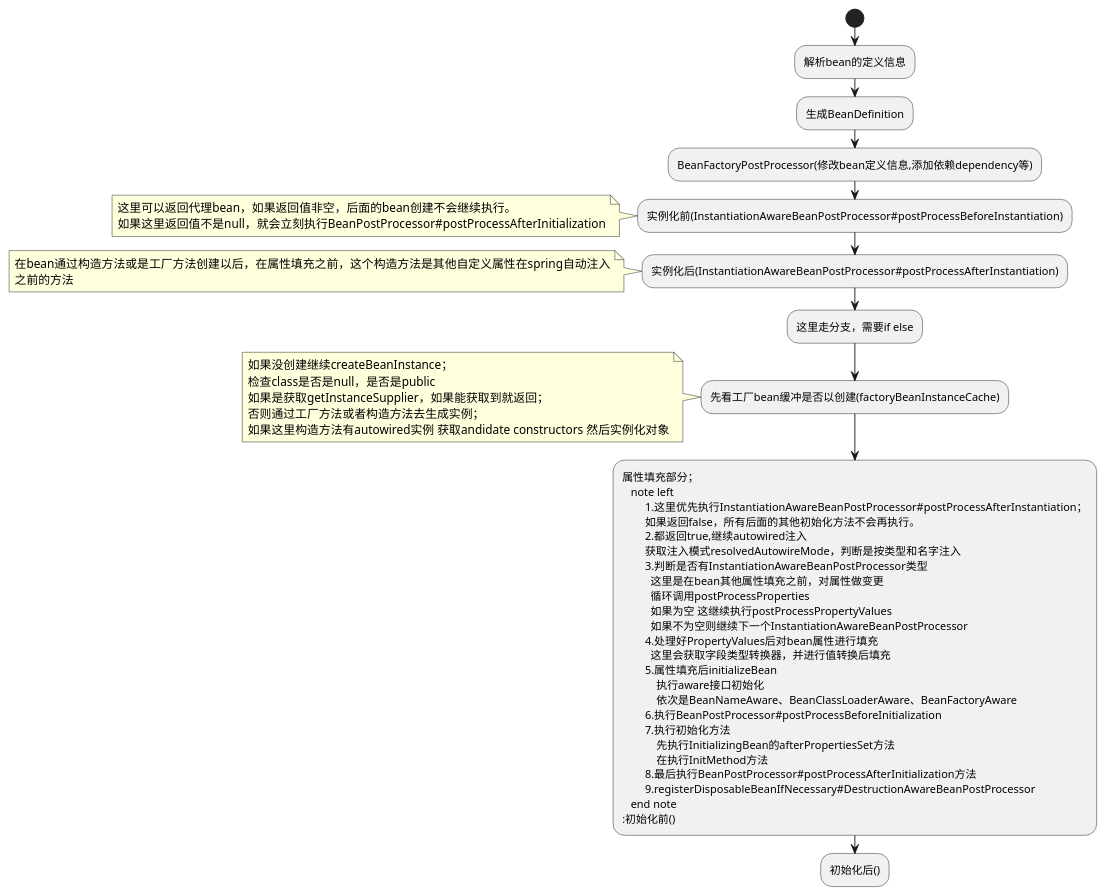
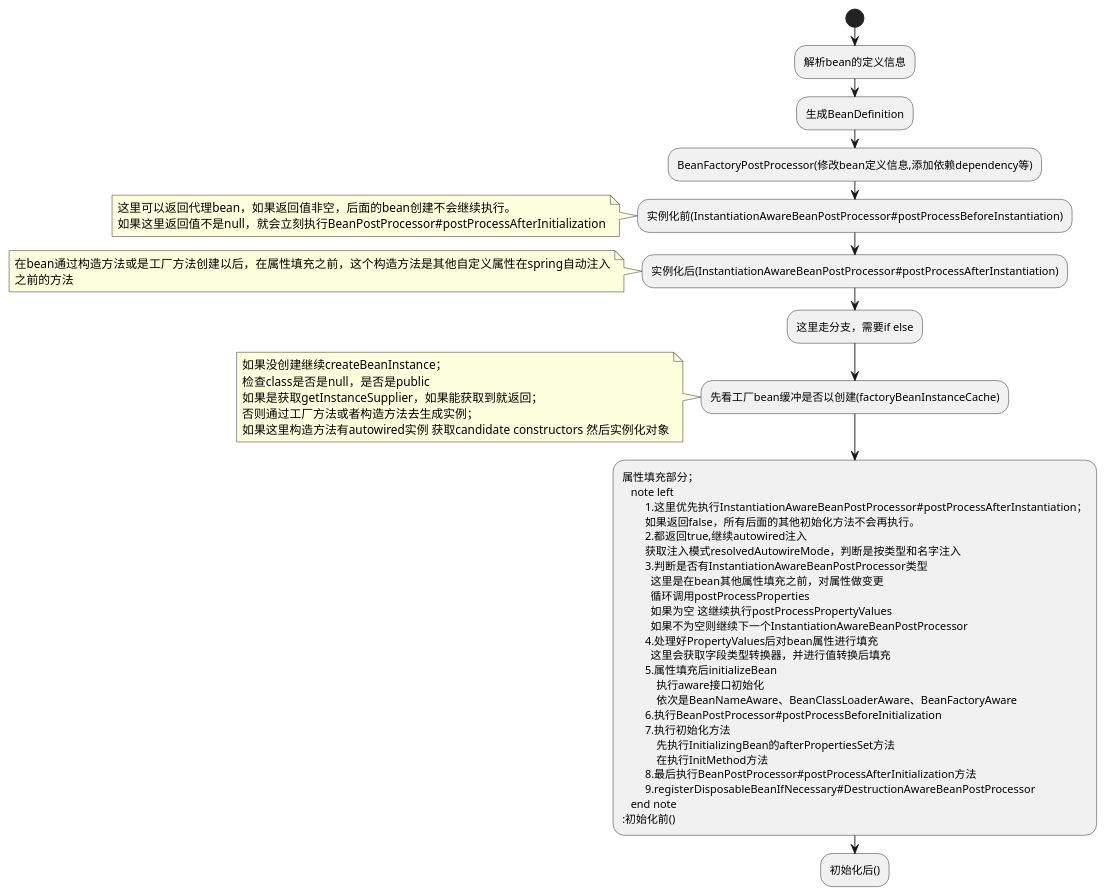
The diagram in Spring-bean.puml (codehamal365/mqtt-auth-demo), drawn with PlantUML before and after one commit. The commit also changed 4 other files, not shown here.

```diff
--- a/Spring-bean.puml
+++ b/Spring-bean.puml
@@ -1,54 +1,54 @@
 @startuml
 'https://plantuml.com/activity-diagram-beta
 
 start
 :解析bean的定义信息;
 :生成BeanDefinition;
 :BeanFactoryPostProcessor(修改bean定义信息,添加依赖dependency等);
 :实例化前(InstantiationAwareBeanPostProcessor#postProcessBeforeInstantiation);
     note left
         这里可以返回代理bean，如果返回值非空，后面的bean创建不会继续执行。
         如果这里返回值不是null，就会立刻执行BeanPostProcessor#postProcessAfterInitialization
     end note
 :实例化后(InstantiationAwareBeanPostProcessor#postProcessAfterInstantiation);
      note left
         在bean通过构造方法或是工厂方法创建以后，在属性填充之前，这个构造方法是其他自定义属性在spring自动注入
         之前的方法
      end note
 :这里走分支，需要if else;
 :先看工厂bean缓冲是否以创建(factoryBeanInstanceCache);
     note left
         如果没创建继续createBeanInstance；
         检查class是否是null，是否是public
         如果是获取getInstanceSupplier，如果能获取到就返回；
         否则通过工厂方法或者构造方法去生成实例；
-        如果这里构造方法有autowired实例 获取andidate constructors 然后实例化对象
+        如果这里构造方法有autowired实例 获取candidate constructors 然后实例化对象
     end note
 
 :属性填充部分；
    note left
         1.这里优先执行InstantiationAwareBeanPostProcessor#postProcessAfterInstantiation；
         如果返回false，所有后面的其他初始化方法不会再执行。
         2.都返回true,继续autowired注入
         获取注入模式resolvedAutowireMode，判断是按类型和名字注入
         3.判断是否有InstantiationAwareBeanPostProcessor类型
           这里是在bean其他属性填充之前，对属性做变更
           循环调用postProcessProperties
           如果为空 这继续执行postProcessPropertyValues
           如果不为空则继续下一个InstantiationAwareBeanPostProcessor
         4.处理好PropertyValues后对bean属性进行填充
           这里会获取字段类型转换器，并进行值转换后填充
         5.属性填充后initializeBean
             执行aware接口初始化
             依次是BeanNameAware、BeanClassLoaderAware、BeanFactoryAware
         6.执行BeanPostProcessor#postProcessBeforeInitialization
         7.执行初始化方法
             先执行InitializingBean的afterPropertiesSet方法
             在执行InitMethod方法
         8.最后执行BeanPostProcessor#postProcessAfterInitialization方法
         9.registerDisposableBeanIfNecessary#DestructionAwareBeanPostProcessor
    end note
 :初始化前();
 :初始化后();
 
 @enduml
```
